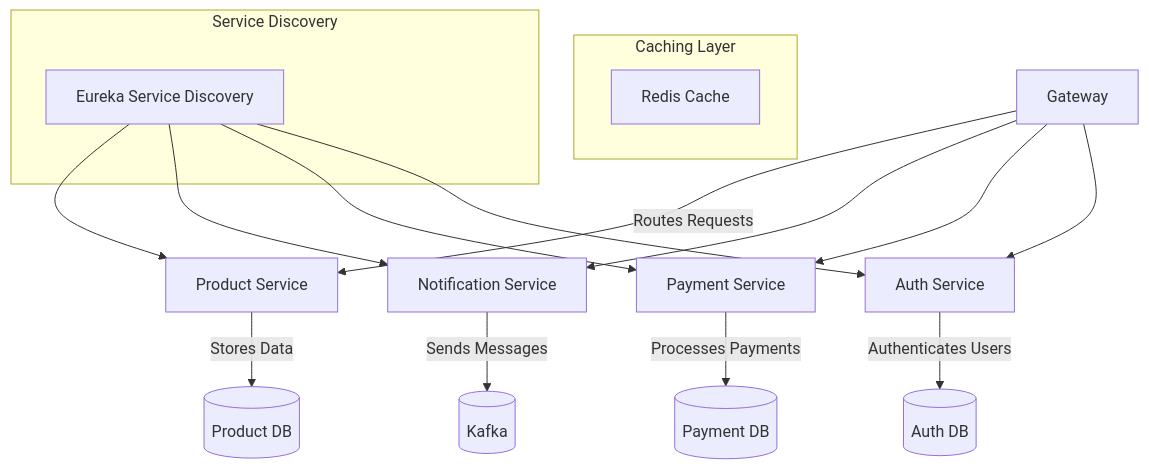
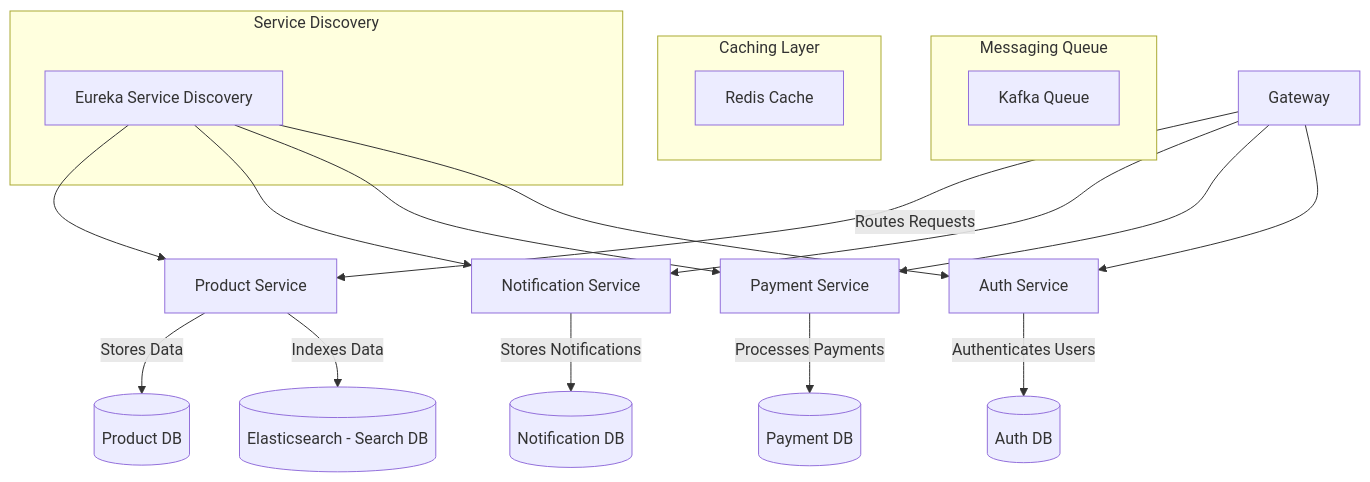
One commit to taraksuthar1999/Shopping-Microservices changed the diagram in README.md. Above: the diagram before and after it, drawn with Mermaid. The commit also changed other lines of this file, not shown here.

````diff
--- a/README.md
+++ b/README.md
@@ -41,21 +41,25 @@
 ```mermaid
 graph TD;
     A[Gateway] -->|Routes Requests| B[Product Service]
     A --> C[Notification Service]
     A --> D[Payment Service]
     A --> E[Auth Service]
     B -->|Stores Data| DB1[(Product DB)]
-    C -->|Sends Messages| Kafka[(Kafka)]
-    D -->|Processes Payments| DB2[(Payment DB)]
-    E -->|Authenticates Users| DB3[(Auth DB)]
+    C -->|Stores Notifications| DB2[(Notification DB)]
+    D -->|Processes Payments| DB3[(Payment DB)]
+    E -->|Authenticates Users| DB4[(Auth DB)]
+    B -->|Indexes Data| ES[(Elasticsearch - Search DB)]
+    subgraph Messaging Queue
+        Kafka[Kafka Queue]
+    end
     subgraph Caching Layer
         Cache[Redis Cache]
     end
     subgraph Service Discovery
         SD[Eureka Service Discovery]
     end
     SD --> B
     SD --> C
     SD --> D
     SD --> E
 ```
````
